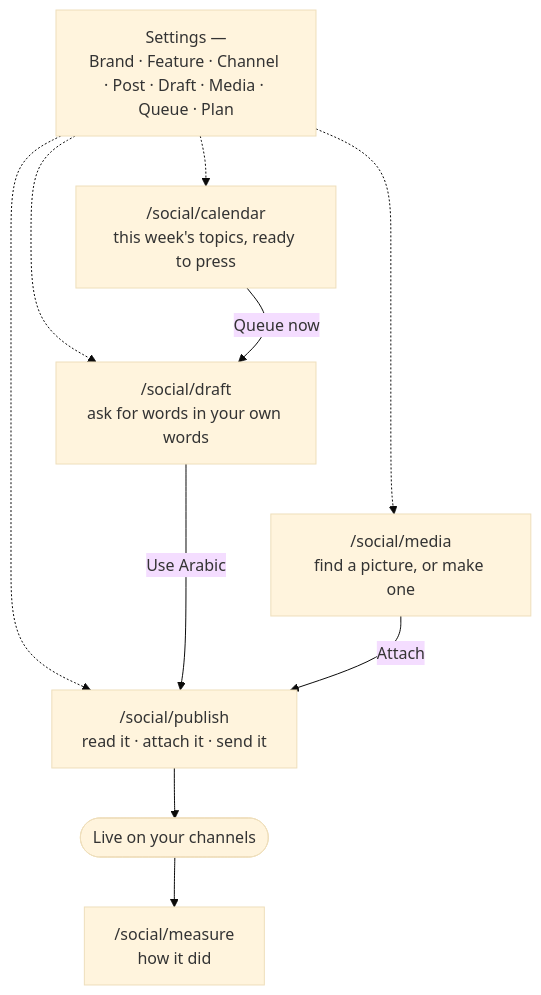
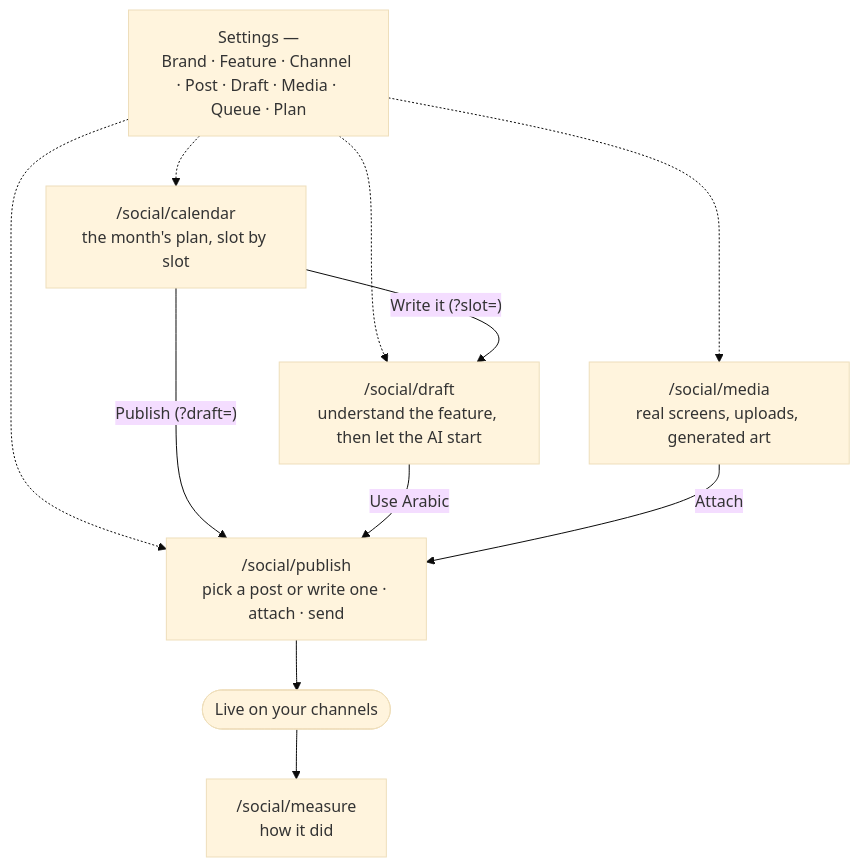
Before and after one commit to databayt/kun: the first of 5 diagrams in content/docs/social/index.mdx, drawn with Mermaid (base theme). The commit also changed other lines of this file and 18 other files, not shown here.

First line of the commit message:
docs(social): spotlight spec; stages, calendar, media and shoot docs catch up

````diff
--- a/content/docs/social/index.mdx
+++ b/content/docs/social/index.mdx
@@ -17,21 +18,21 @@
 ```mermaid
 graph TD
     CFG["Settings —<br/>Brand · Feature · Channel · Post · Draft · Media · Queue · Plan"]
-    CAL["/social/calendar<br/>this week's topics, ready to press"]
-    DRA["/social/draft<br/>ask for words in your own words"]
-    MED["/social/media<br/>find a picture, or make one"]
-    PUB["/social/publish<br/>read it · attach it · send it"]
+    CAL["/social/calendar<br/>the month's plan, slot by slot"]
+    DRA["/social/draft<br/>understand the feature, then let the AI start"]
+    MED["/social/media<br/>real screens, uploads, generated art"]
+    PUB["/social/publish<br/>pick a post or write one · attach · send"]
     MEA["/social/measure<br/>how it did"]
     LIVE(["Live on your channels"])
 
     CFG -.-> CAL
     CFG -.-> DRA
     CFG -.-> MED
     CFG -.-> PUB
 
-    CAL ~~~ DRA ~~~ MED
-    CAL -->|"Queue now"| DRA
+    CAL -->|"Write it (?slot=)"| DRA
+    CAL -->|"Publish (?draft=)"| PUB
     DRA -->|"Use Arabic"| PUB
     MED -->|"Attach"| PUB
     PUB --> LIVE --> MEA
 ```
````
